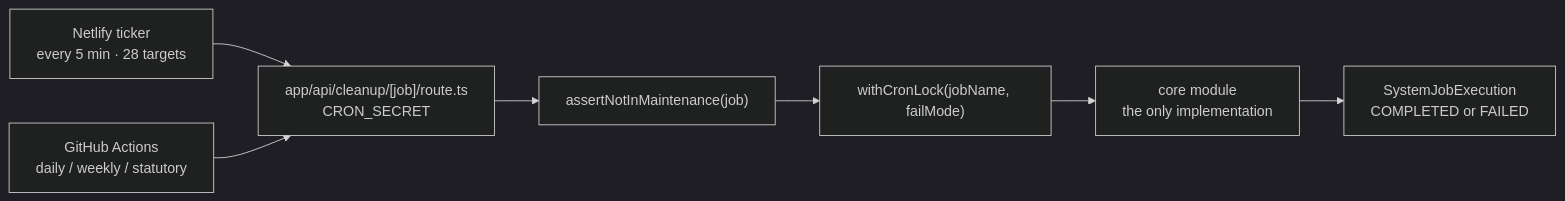
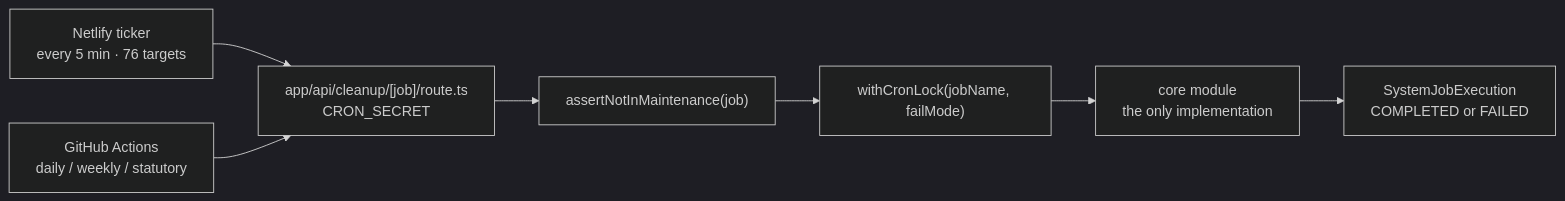
The second of 2 diagrams in docs/start-here/04-platform-architecture.md (Practitionist/familiarise_web), drawn with Mermaid (dark theme) before and after one commit. The commit also changed other lines of this file and 91 other files, not shown here.

````diff
--- a/docs/start-here/04-platform-architecture.md
+++ b/docs/start-here/04-platform-architecture.md
@@ -138,9 +133,9 @@
 ```mermaid
 flowchart LR
-    S1["Netlify ticker<br/>every 5 min · 28 targets"] --> R
+    S1["Netlify ticker<br/>every 5 min · 76 targets"] --> R
     S2["GitHub Actions<br/>daily / weekly / statutory"] --> R
     R["app/api/cleanup/[job]/route.ts<br/>CRON_SECRET"] --> G["assertNotInMaintenance(job)"]
     G --> L["withCronLock(jobName, failMode)"]
     L --> C["core module<br/>the only implementation"]
     C --> S["SystemJobExecution<br/>COMPLETED or FAILED"]
 ```
````
